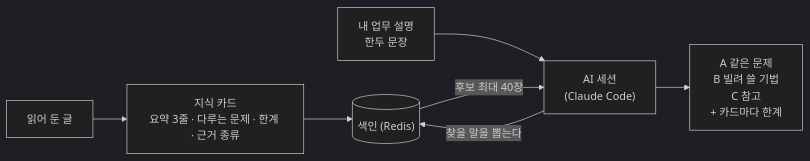
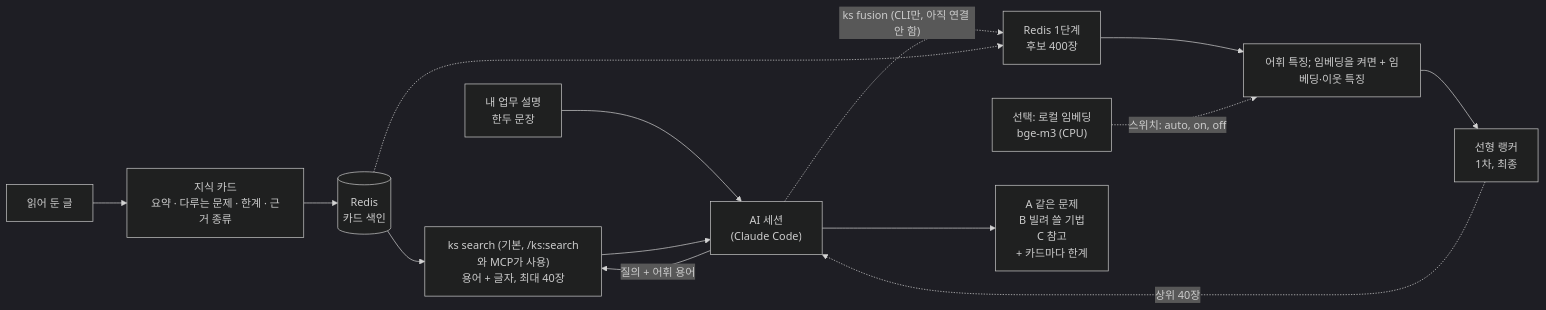
The second of 2 diagrams in README.ko.md (ai-dev-methodologies/knowledge-scout), drawn with Mermaid (dark theme) before and after one commit. The commit also changed other lines of this file, not shown here.

First line of the commit message:
docs: Korean README matches the portfolio overview (vision, origin story, big-picture diagram, results)

````diff
--- a/README.ko.md
+++ b/README.ko.md
@@ -28,9 +102,16 @@
 ```mermaid
 flowchart LR
-    A["읽어 둔 글"] --> B["지식 카드<br/>요약 3줄 · 다루는 문제 · 한계 · 근거 종류"]
-    B --> C[("색인 (Redis)")]
+    A["읽어 둔 글"] --> B["지식 카드<br/>요약 · 다루는 문제 · 한계 · 근거 종류"]
+    B --> C[("Redis<br/>카드 색인")]
     D["내 업무 설명<br/>한두 문장"] --> E["AI 세션<br/>(Claude Code)"]
-    E -->|"찾을 말을 뽑는다"| C
-    C -->|"후보 최대 40장"| E
+    E -->|"질의 + 어휘 용어"| K["ks search (기본, /ks:search와 MCP가 사용)<br/>용어 + 글자, 최대 40장"]
+    C --> K
+    K --> E
+    E -.->|"ks fusion (CLI만, 아직 연결 안 함)"| G["Redis 1단계<br/>후보 400장"]
+    C -.-> G
+    G --> H["어휘 특징; 임베딩을 켜면 + 임베딩·이웃 특징"]
+    I["선택: 로컬 임베딩<br/>bge-m3 (CPU)"] -.->|"스위치: auto, on, off"| H
+    H --> J["선형 랭커<br/>1차, 최종"]
+    J -.->|"상위 40장"| E
     E --> F["A 같은 문제<br/>B 빌려 쓸 기법<br/>C 참고<br/>+ 카드마다 한계"]
 ```
````
